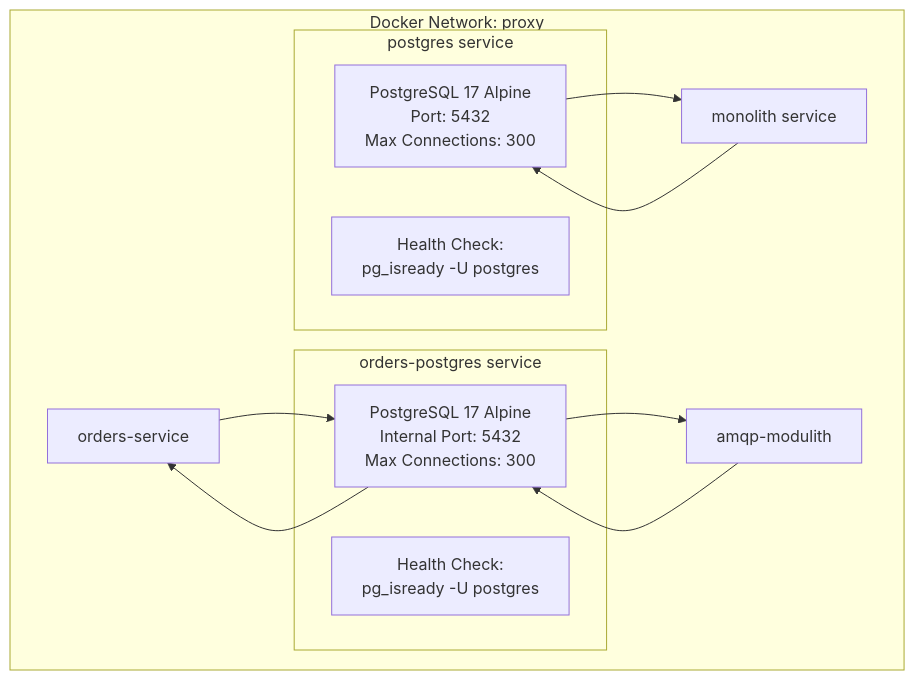
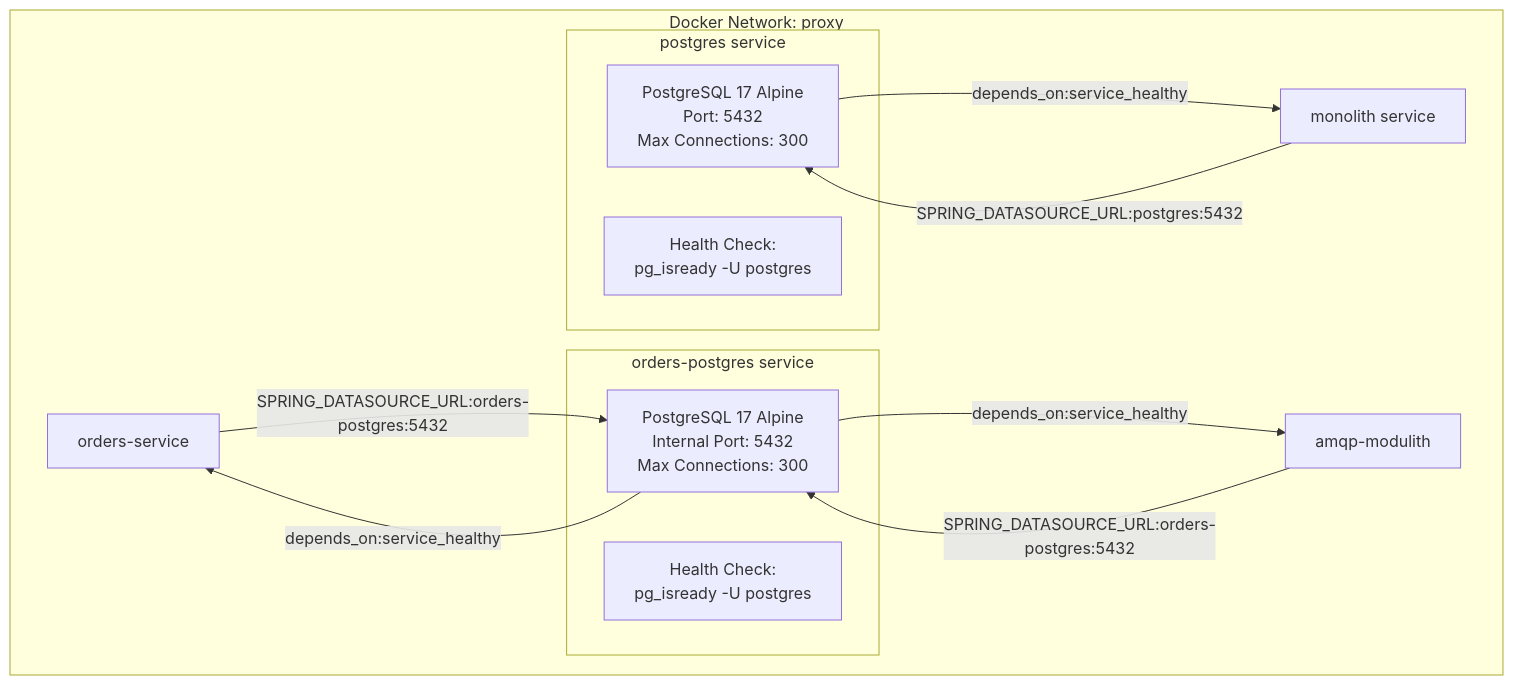
Before and after one commit to philipz/spring-modular-monolith: the fifth of 5 diagrams in docs/deepwiki/Data-and-Persistence.md, drawn with Mermaid. The commit also changed 55 other files, not shown here.

````diff
--- a/docs/deepwiki/Data-and-Persistence.md
+++ b/docs/deepwiki/Data-and-Persistence.md
@@ -552,33 +552,33 @@
 ```mermaid
 flowchart TD
 
 PostgresOrders["PostgreSQL 17 Alpine<br>Internal Port: 5432<br>Max Connections: 300"]
 Monolith["monolith service"]
 PostgresMain["PostgreSQL 17 Alpine<br>Port: 5432<br>Max Connections: 300"]
 OrdersService["orders-service"]
 AMQPModulith["amqp-modulith"]
 HealthCheck2["Health Check:<br>pg_isready -U postgres"]
 HealthCheck1["Health Check:<br>pg_isready -U postgres"]
 
 subgraph DockerNetwork ["Docker Network: proxy"]
     Monolith
     OrdersService
     AMQPModulith
-    Monolith --> PostgresMain
-    OrdersService --> PostgresOrders
-    AMQPModulith --> PostgresOrders
-    PostgresMain --> Monolith
-    PostgresOrders --> OrdersService
-    PostgresOrders --> AMQPModulith
+    Monolith -->|"SPRING_DATASOURCE_URL:postgres:5432"| PostgresMain
+    OrdersService -->|"SPRING_DATASOURCE_URL:orders-postgres:5432"| PostgresOrders
+    AMQPModulith -->|"SPRING_DATASOURCE_URL:orders-postgres:5432"| PostgresOrders
+    PostgresMain -->|"depends_on:service_healthy"| Monolith
+    PostgresOrders -->|"depends_on:service_healthy"| OrdersService
+    PostgresOrders -->|"depends_on:service_healthy"| AMQPModulith
 
 subgraph OrdersDB ["orders-postgres service"]
     PostgresOrders
     HealthCheck2
 end
 
 subgraph MainDB ["postgres service"]
     PostgresMain
     HealthCheck1
 end
 end
 ```
````
